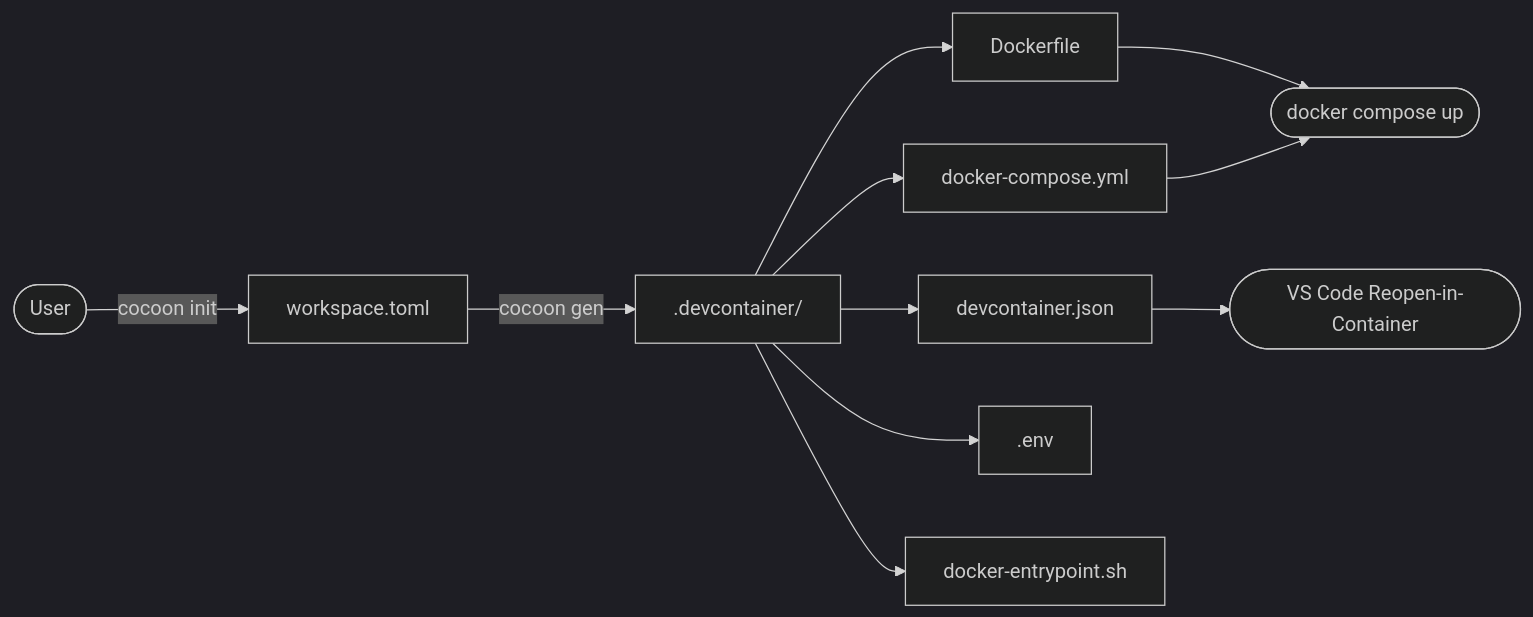
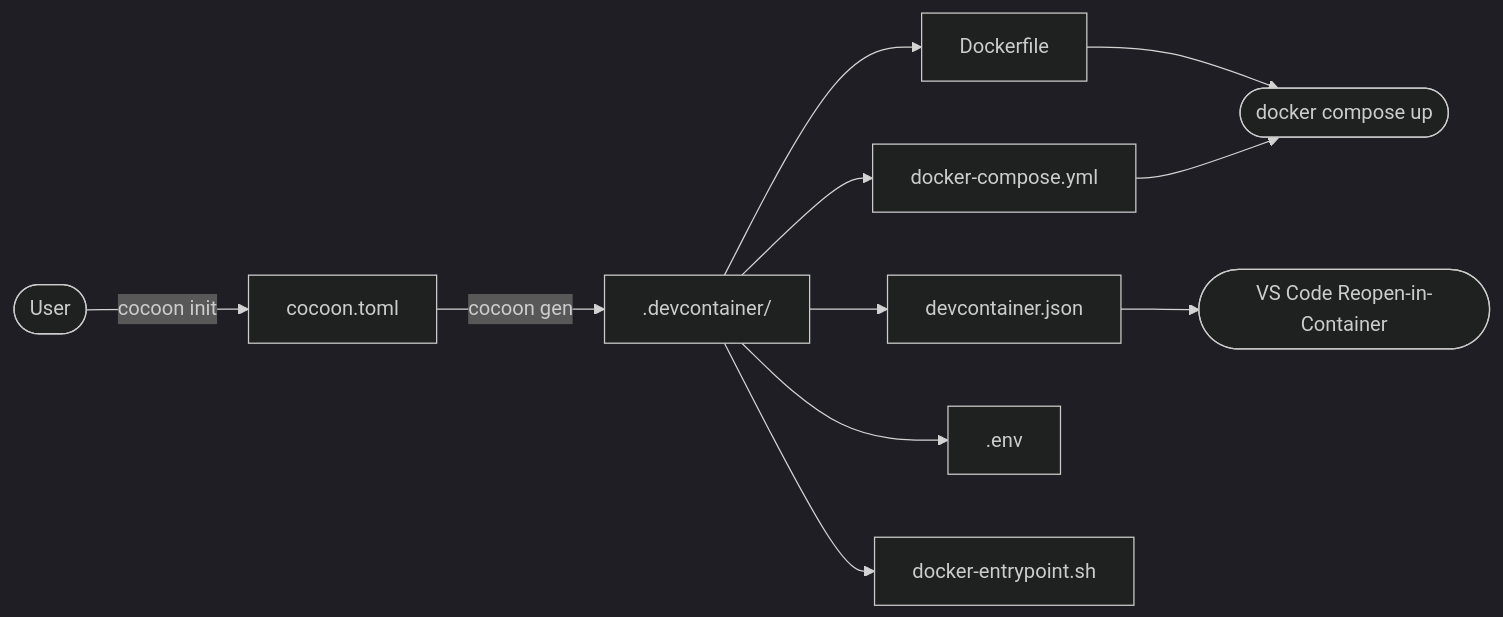
Before and after one commit to sukekyo26/cocoon: the first of 3 diagrams in docs/architecture.ja.md, drawn with Mermaid (dark theme). The commit also changed other lines of this file and 18 other files, not shown here.

First line of the commit message:
docs: rename workspace.toml to cocoon.toml across docs and templates

````diff
--- a/docs/architecture.ja.md
+++ b/docs/architecture.ja.md
@@ -18,13 +18,13 @@
 ```mermaid
 flowchart LR
-    user([User]) -->|cocoon init| toml[workspace.toml]
+    user([User]) -->|cocoon init| toml[cocoon.toml]
     toml -->|cocoon gen| dc[.devcontainer/]
     dc --> dockerfile[Dockerfile]
     dc --> compose[docker-compose.yml]
     dc --> dcjson[devcontainer.json]
     dc --> envfile[.env]
     dc --> entry[docker-entrypoint.sh]
     dockerfile --> docker([docker compose up])
     compose --> docker
     dcjson --> vscode([VS Code Reopen-in-Container])
 ```
````
